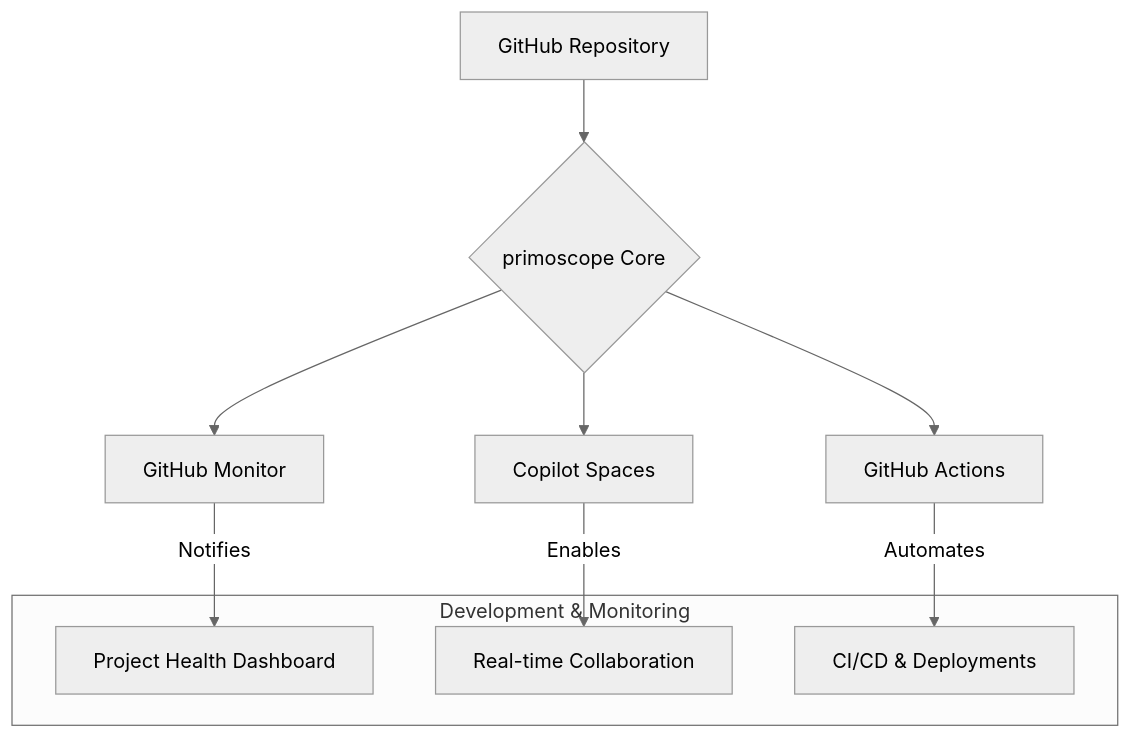
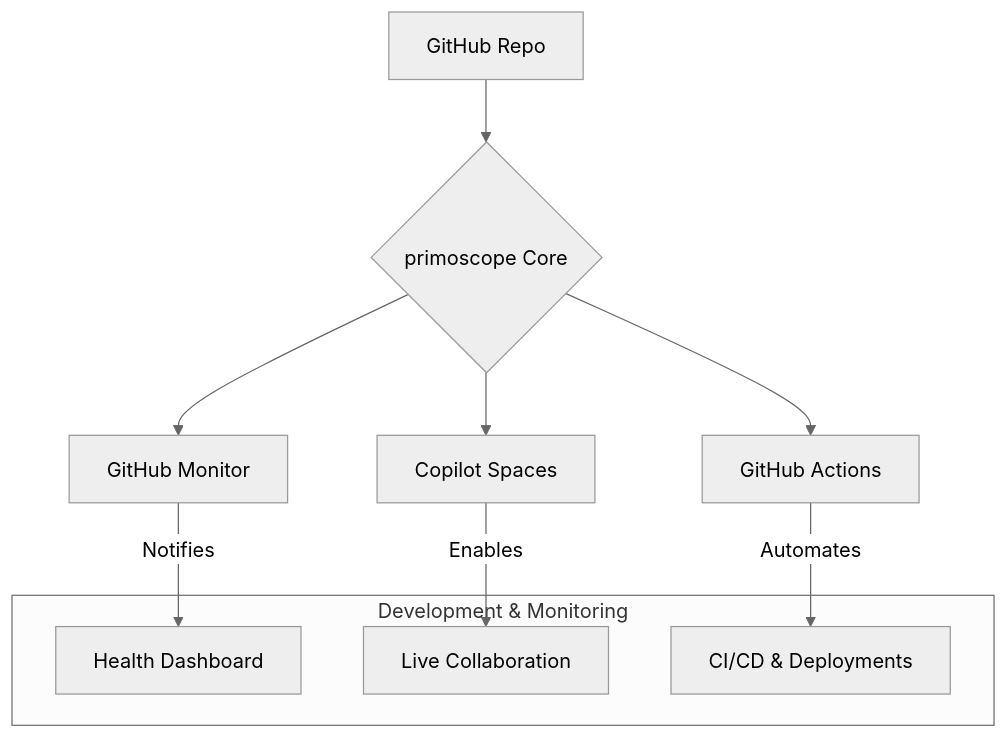
Before and after one commit to primoscope/primoscope: the diagram in README.md, drawn with Mermaid (neutral theme). The commit also changed other lines of this file, not shown here.

````diff
--- a/README.md
+++ b/README.md
@@ -53,15 +72,15 @@
 ```mermaid
 graph TD
-    A[GitHub Repository] --> B{primoscope Core};
-    B --> C[GitHub Monitor];
-    B --> D[Copilot Spaces];
-    B --> E[GitHub Actions];
+    A[GitHub Repo] --> B{primoscope Core}
+    B --> C[GitHub Monitor]
+    B --> D[Copilot Spaces]
+    B --> E[GitHub Actions]
 
-    C -- Notifies --> F[Project Health Dashboard];
-    D -- Enables --> G[Real-time Collaboration];
-    E -- Automates --> H[CI/CD & Deployments];
+    C -- Notifies --> F[Health Dashboard]
+    D -- Enables --> G[Live Collaboration]
+    E -- Automates --> H[CI/CD & Deployments]
 
     subgraph "Development & Monitoring"
-        F; G; H;
+        F; G; H
     end
 ```
````
